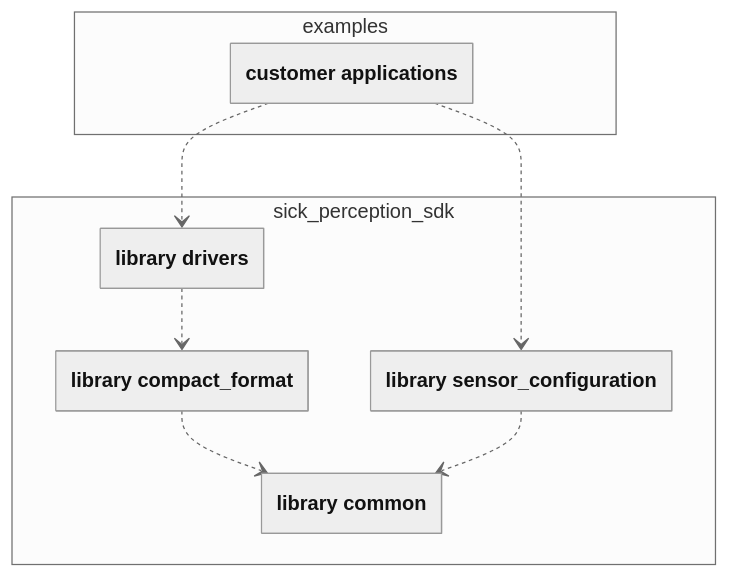
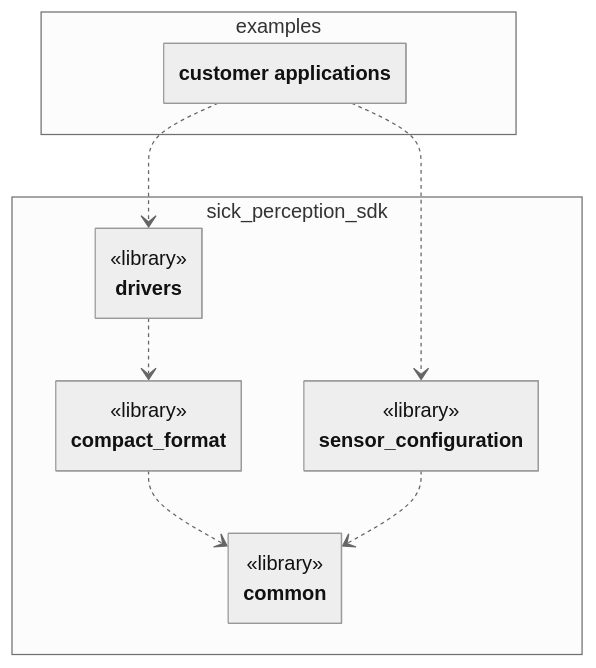
The second of 5 diagrams in README.md (SICKAG/sick_perception_sdk), drawn with Mermaid (neutral theme) before and after one commit. The commit also changed other lines of this file and 2865 other files, not shown here.

````diff
--- a/README.md
+++ b/README.md
@@ -506,24 +537,32 @@
 ```mermaid
 ---
 config:
   class:
     hideEmptyMembersBox: true
 ---
 classDiagram
   namespace sick_perception_sdk {
-    class common["library common"]
-    class compact_format["library compact_format"]
-    class drivers["library drivers"]
-    class sensor_configuration["library sensor_configuration"]
+    class common {
+      <<library>>
+    }
+    class compact_format {
+      <<library>>
+    }
+    class drivers {
+      <<library>>
+    }
+    class sensor_configuration {
+      <<library>>
+    }
   }
 
   namespace examples {
     class application["customer applications"]
   }
 
   compact_format ..> common
   drivers ..> compact_format
   sensor_configuration ..> common
   application ..> drivers
   application ..> sensor_configuration
 ```
````
